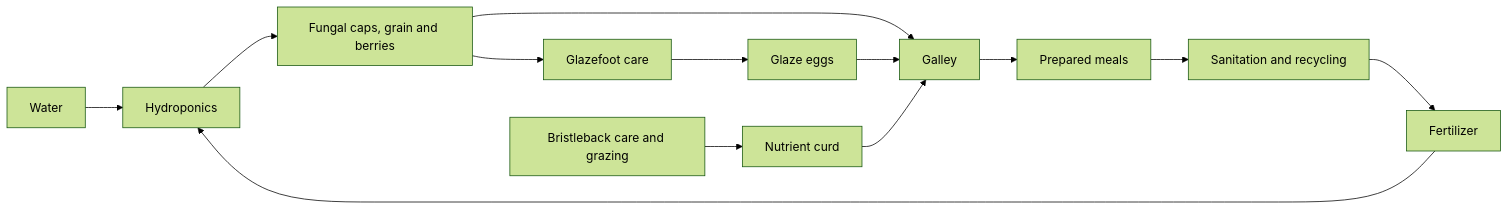
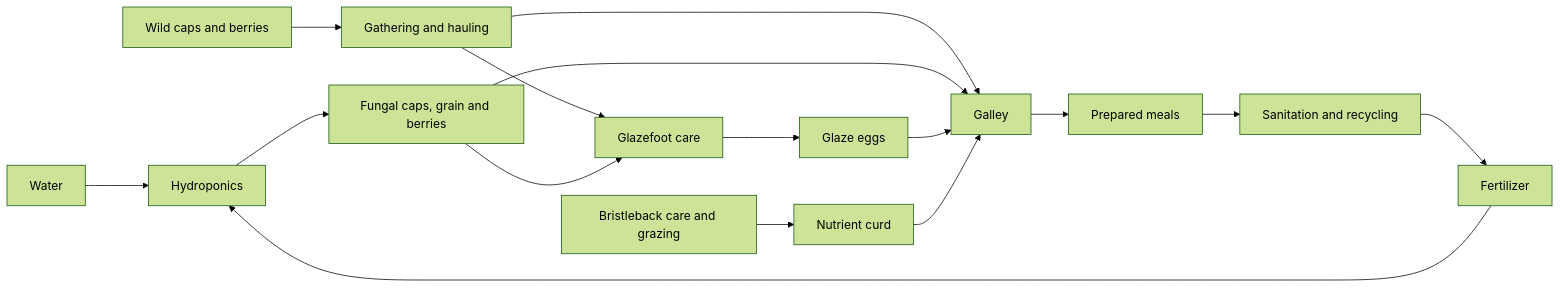
Before and after one commit to Jaredcastorena/spacefortress: the diagram in docs/food-and-ecology.md, drawn with Mermaid (forest theme). The commit also changed other lines of this file and 28 other files, not shown here.

````diff
--- a/docs/food-and-ecology.md
+++ b/docs/food-and-ecology.md
@@ -9,15 +9,18 @@
 ```mermaid
 flowchart LR
   W[Water] --> F[Hydroponics]
   N[Fertilizer] --> F
   F --> G[Fungal caps, grain and berries]
-  G --> A[Glazefoot care]
+  V[Wild caps and berries] --> H[Gathering and hauling]
+  H --> A[Glazefoot care]
+  H --> K[Galley]
+  G --> A
   A --> E[Glaze eggs]
   B[Bristleback care and grazing] --> C[Nutrient curd]
   G --> K[Galley]
   E --> K
   C --> K
   K --> M[Prepared meals]
   M --> S[Sanitation and recycling]
   S --> N
 ```
````
